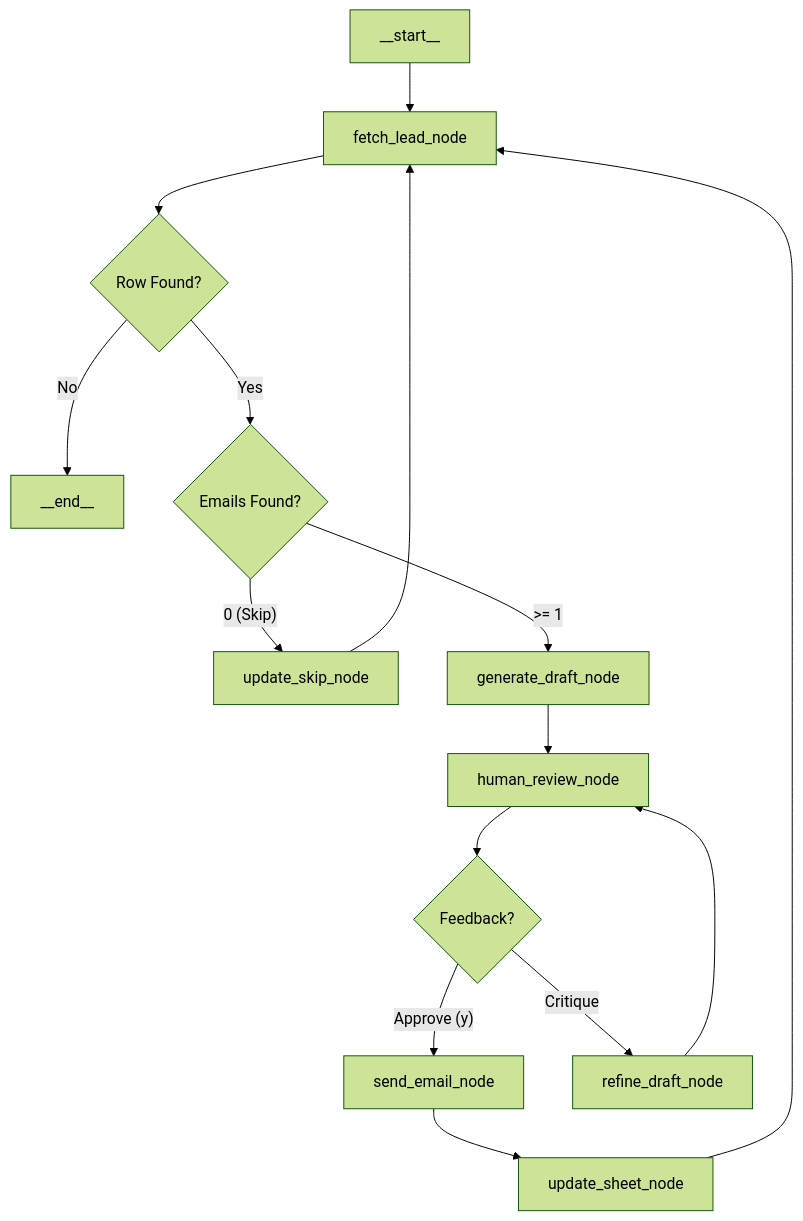
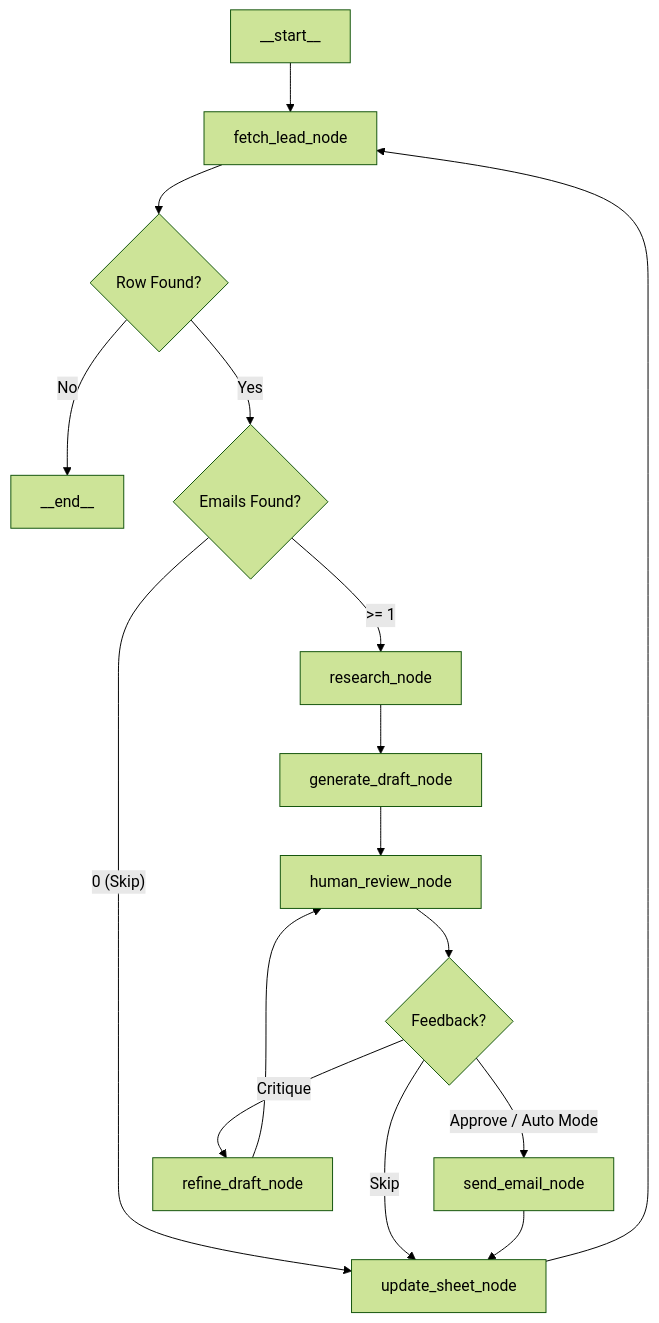
Before and after one commit to indenigrate/ACE: the diagram in TRD.md, drawn with Mermaid (forest theme). The commit also changed other lines of this file and 3 other files, not shown here.

````diff
--- a/TRD.md
+++ b/TRD.md
@@ -13,18 +13,19 @@
 ```mermaid
 graph TD
     __start__ --> fetch_lead_node
     fetch_lead_node --> check_availability{Row Found?}
     check_availability -- No --> __end__
     check_availability -- Yes --> check_email_count{Emails Found?}
-    check_email_count -- "0 (Skip)" --> update_skip_node
-    update_skip_node --> fetch_lead_node
-    check_email_count -- ">= 1" --> generate_draft_node
+    check_email_count -- "0 (Skip)" --> update_sheet_node
+    update_sheet_node --> fetch_lead_node
+    check_email_count -- ">= 1" --> research_node
+    research_node --> generate_draft_node
     generate_draft_node --> human_review_node
     human_review_node --> feedback_router{Feedback?}
-    feedback_router -- "Approve (y)" --> send_email_node
+    feedback_router -- "Approve / Auto Mode" --> send_email_node
     feedback_router -- "Critique" --> refine_draft_node
+    feedback_router -- "Skip" --> update_sheet_node
     refine_draft_node --> human_review_node
     send_email_node --> update_sheet_node
-    update_sheet_node --> fetch_lead_node
 
 ```
````
